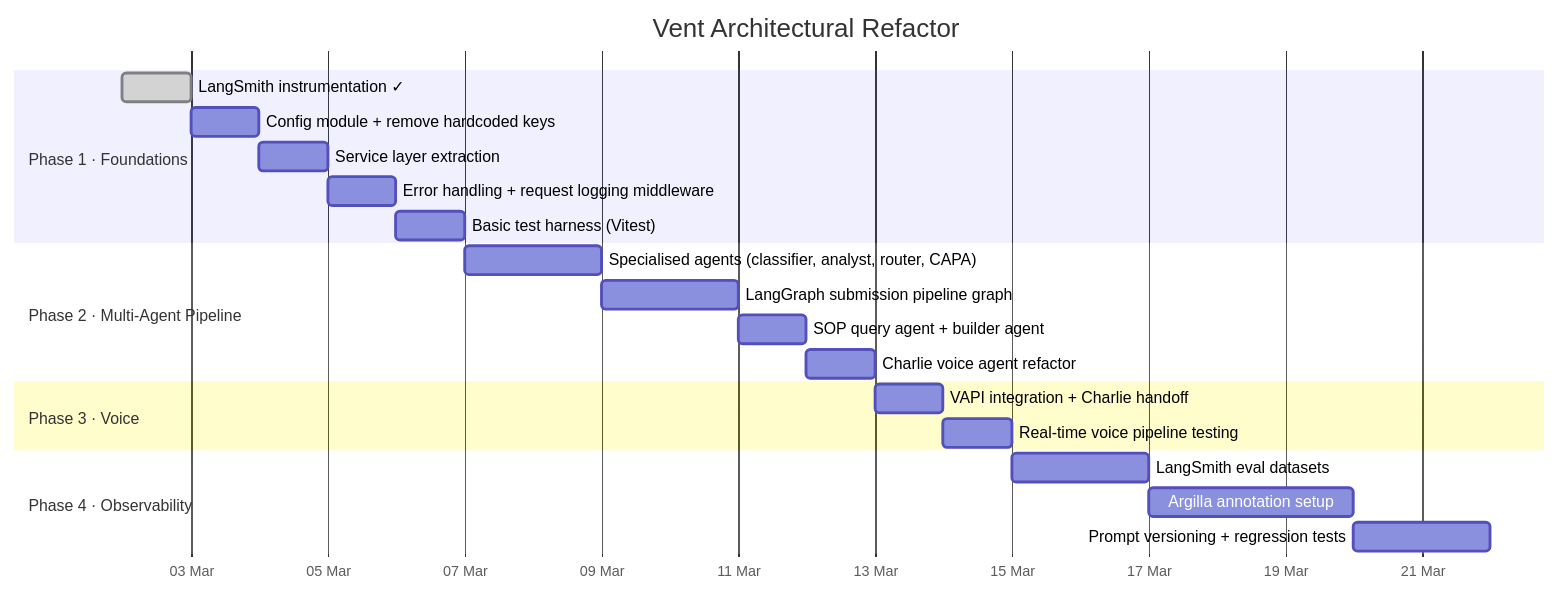
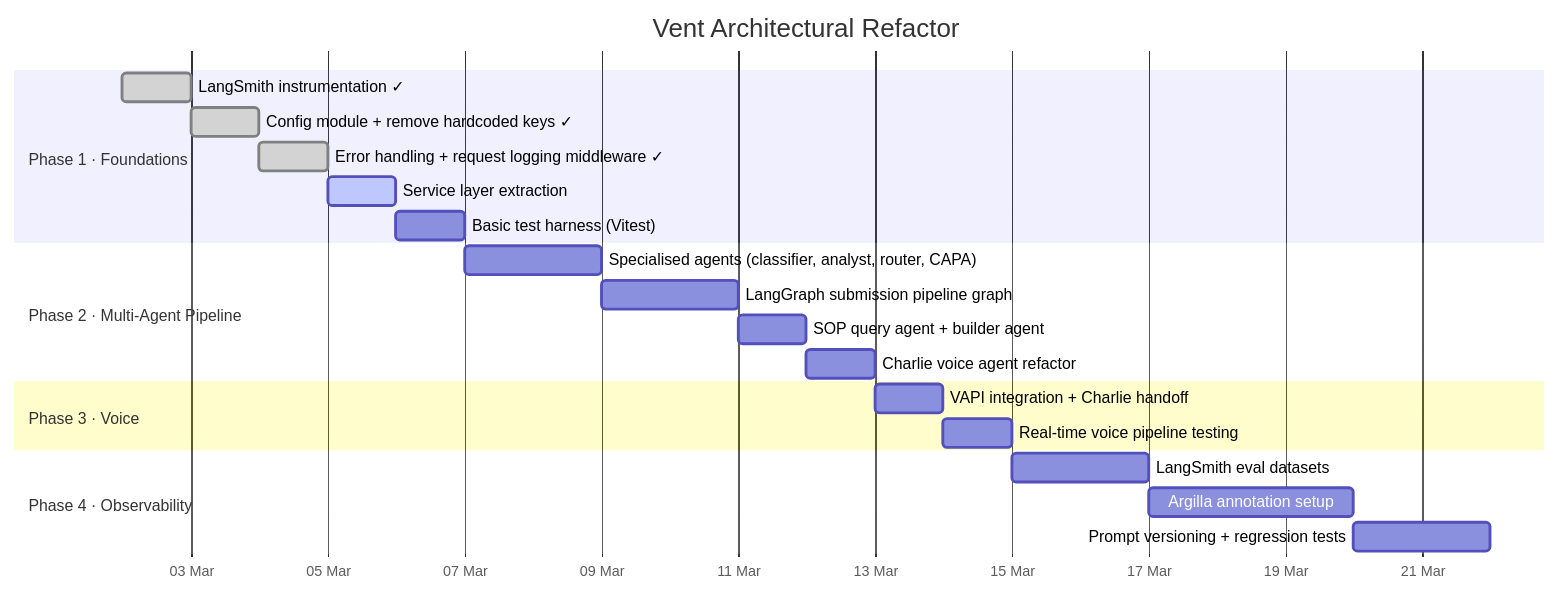
One commit to Doherd33/vent changed the first of 2 diagrams in project/ROADMAP.md. Above: the diagram before and after it, drawn with Mermaid. The commit also changed 28 other files, not shown here.

````diff
--- a/project/ROADMAP.md
+++ b/project/ROADMAP.md
@@ -10,28 +10,28 @@
 ```mermaid
 gantt
     title Vent Architectural Refactor
     dateFormat  YYYY-MM-DD
     axisFormat  %d %b
 
     section Phase 1 · Foundations
     LangSmith instrumentation ✓        :done, p1a, 2026-03-02, 1d
-    Config module + remove hardcoded keys :p1b, after p1a, 1d
-    Service layer extraction           :p1c, after p1b, 1d
-    Error handling + request logging middleware :p1d, after p1c, 1d
-    Basic test harness (Vitest)        :p1e, after p1d, 1d
+    Config module + remove hardcoded keys ✓ :done, p1b, after p1a, 1d
+    Error handling + request logging middleware ✓ :done, p1d, after p1b, 1d
+    Service layer extraction           :active, p1c, after p1d, 1d
+    Basic test harness (Vitest)        :p1e, after p1c, 1d
 
     section Phase 2 · Multi-Agent Pipeline
     Specialised agents (classifier, analyst, router, CAPA) :p2a, after p1e, 2d
     LangGraph submission pipeline graph :p2b, after p2a, 2d
     SOP query agent + builder agent    :p2c, after p2b, 1d
     Charlie voice agent refactor       :p2d, after p2c, 1d
 
     section Phase 3 · Voice
     VAPI integration + Charlie handoff  :p3a, after p2d, 1d
     Real-time voice pipeline testing    :p3b, after p3a, 1d
 
     section Phase 4 · Observability
     LangSmith eval datasets            :p4a, after p3b, 2d
     Argilla annotation setup           :p4b, after p4a, 3d
     Prompt versioning + regression tests :p4c, after p4b, 2d
 ```
````
